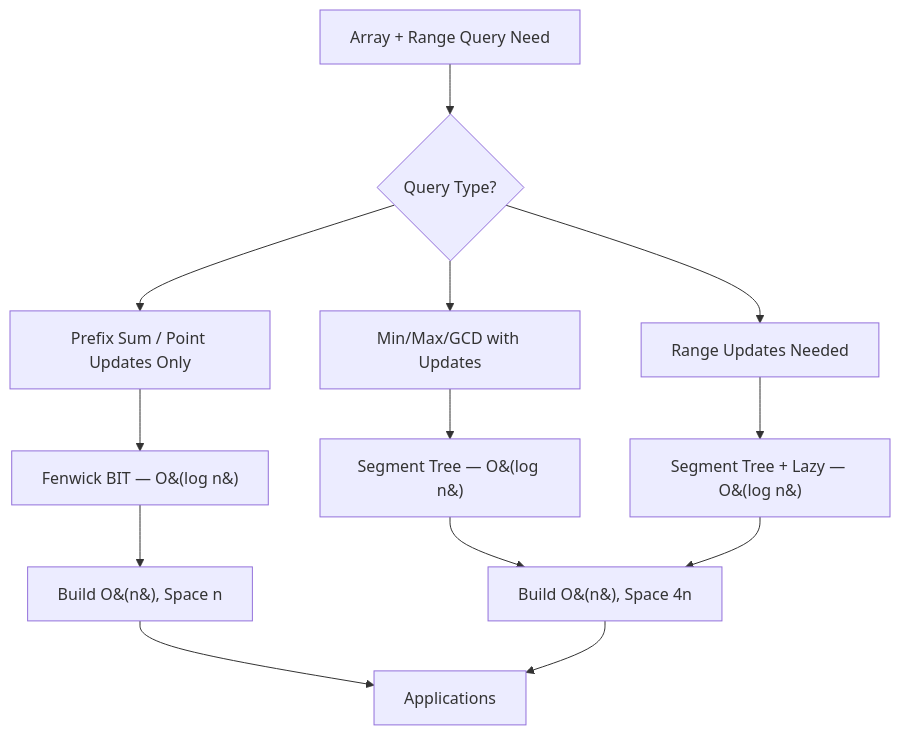
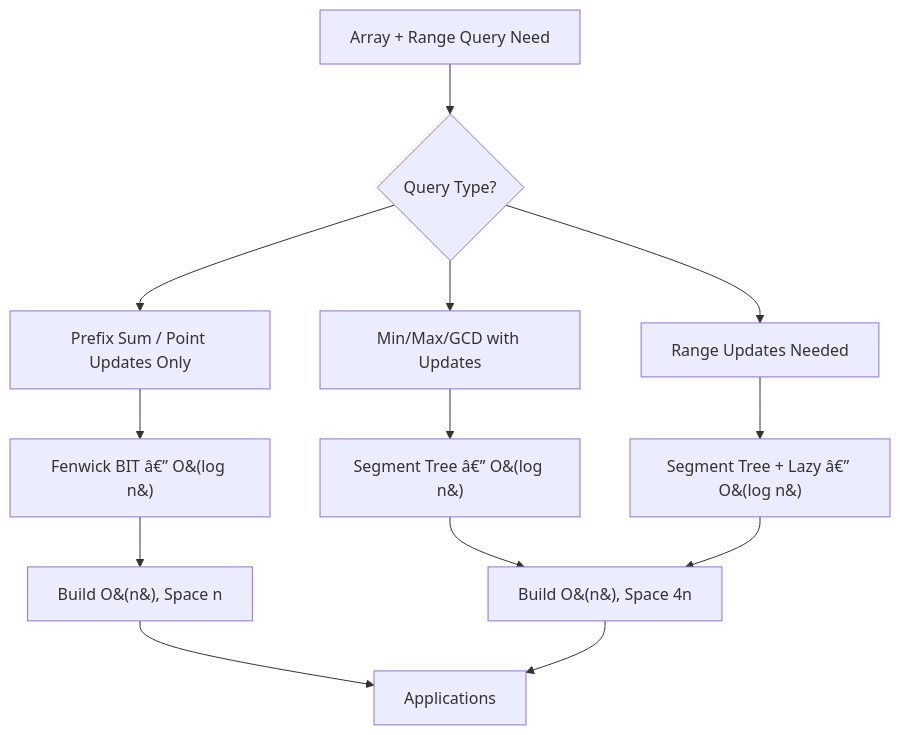
One commit to Raushan666java/ai-engineering-journey changed the diagram in docs/courses/data-structures/17-segment-tree.md. Above: the diagram before and after it, drawn with Mermaid. The commit also changed other lines of this file and 735 other files, not shown here.

````diff
--- a/docs/courses/data-structures/17-segment-tree.md
+++ b/docs/courses/data-structures/17-segment-tree.md
@@ -59,15 +59,15 @@
 ```mermaid
 flowchart TD
     A[Array + Range Query Need] --> B{Query Type?}
     B --> C[Prefix Sum / Point Updates Only]
     B --> D[Min/Max/GCD with Updates]
     B --> E[Range Updates Needed]
-    C --> F[Fenwick BIT — O&#40;log n&#41;]
-    D --> G[Segment Tree — O&#40;log n&#41;]
-    E --> H[Segment Tree + Lazy — O&#40;log n&#41;]
+    C --> F[Fenwick BIT â€” O&#40;log n&#41;]
+    D --> G[Segment Tree â€” O&#40;log n&#41;]
+    E --> H[Segment Tree + Lazy â€” O&#40;log n&#41;]
     F --> I[Build O&#40;n&#41;, Space n]
     G --> J[Build O&#40;n&#41;, Space 4n]
     H --> J
     I --> K[Applications]
     J --> K
 ```
````
